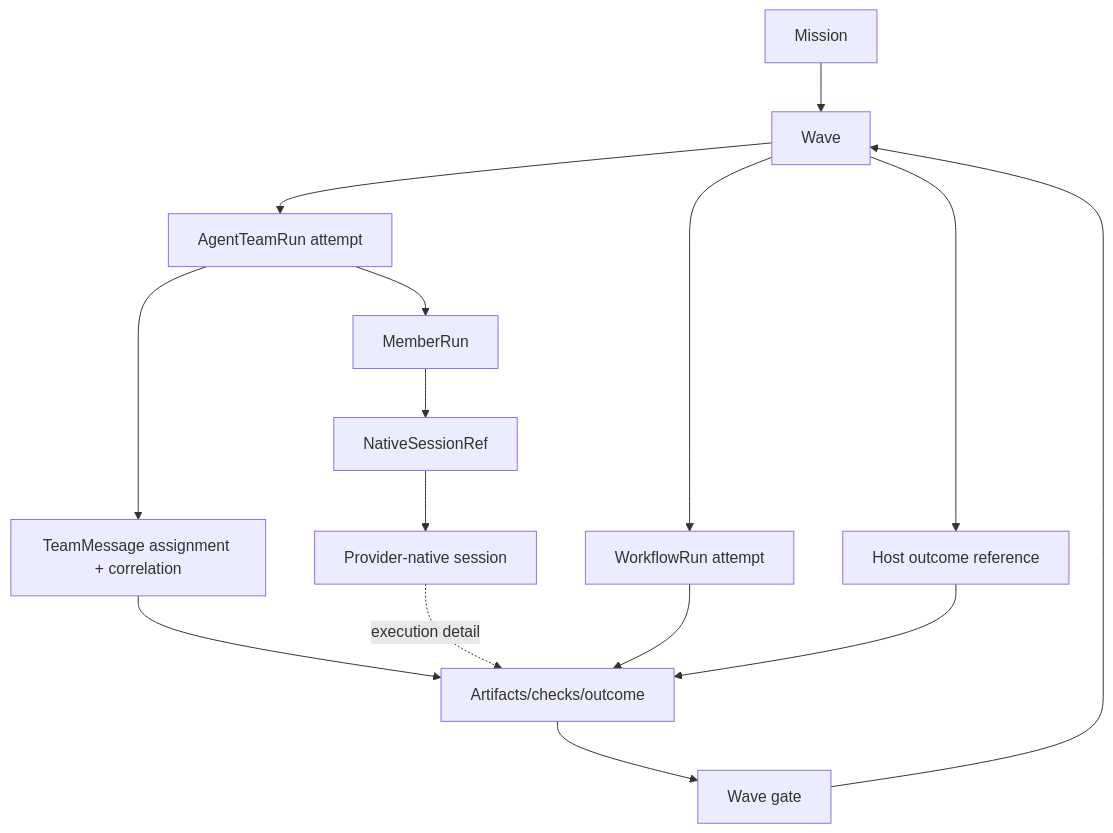
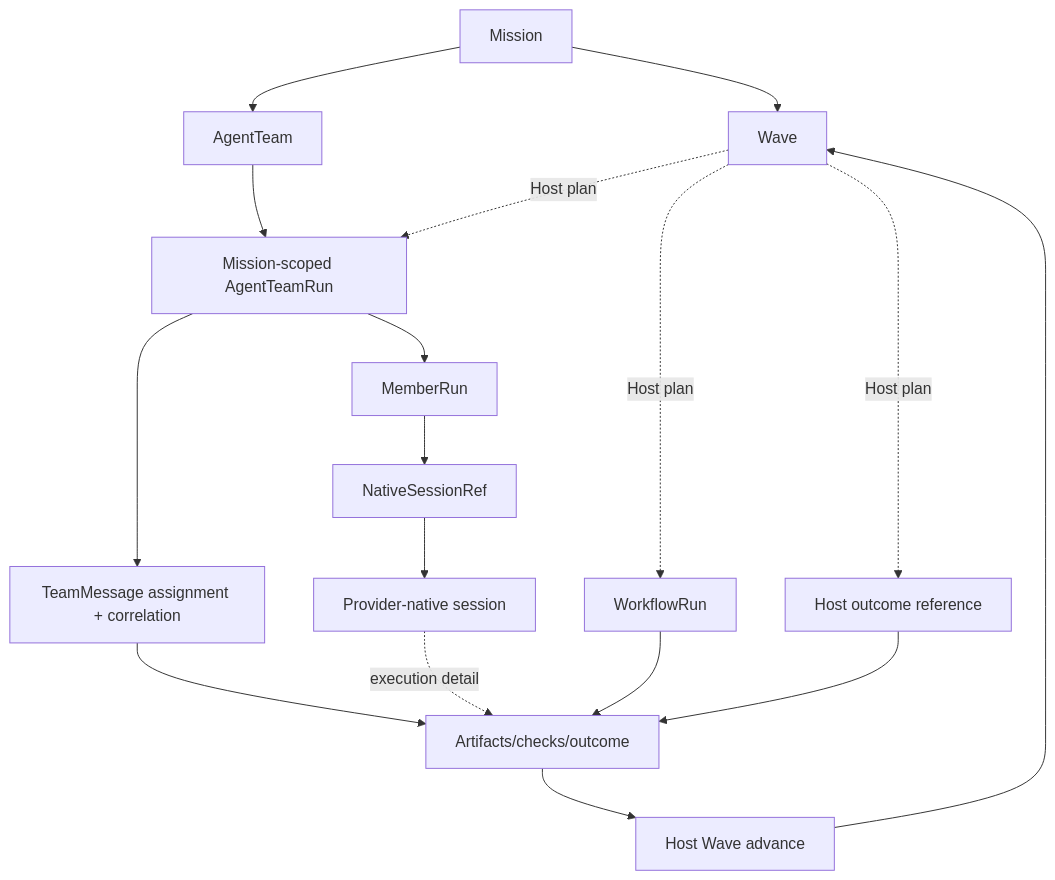
Before and after one commit to cyl19970726/multi-agent-harness: the diagram in docs/data-model.md, drawn with Mermaid. The commit also changed other lines of this file and 81 other files, not shown here.

Commit message:
feat: make waves host plans and teams mission scoped

````diff
--- a/docs/data-model.md
+++ b/docs/data-model.md
@@ -62,17 +65,19 @@
 ```mermaid
 flowchart TD
   Mission[Mission] --> Wave[Wave]
-  Wave --> TeamRun[AgentTeamRun attempt]
-  Wave --> WorkflowRun[WorkflowRun attempt]
-  Wave --> HostRun[Host outcome reference]
+  Mission --> Team[AgentTeam]
+  Team --> TeamRun[Mission-scoped AgentTeamRun]
+  Wave -. Host plan .-> TeamRun
+  Wave -. Host plan .-> WorkflowRun[WorkflowRun]
+  Wave -. Host plan .-> HostRun[Host outcome reference]
   TeamRun --> TeamMsg[TeamMessage assignment + correlation]
   TeamRun --> Member[MemberRun]
   Member --> Binding[NativeSessionRef]
   Binding --> Session[Provider-native session]
   TeamMsg --> Artifact[Artifacts/checks/outcome]
   Session -. execution detail .-> Artifact
   WorkflowRun --> Artifact
   HostRun --> Artifact
-  Artifact --> Gate[Wave gate]
+  Artifact --> Gate[Host Wave advance]
   Gate --> Wave
 ```
````
